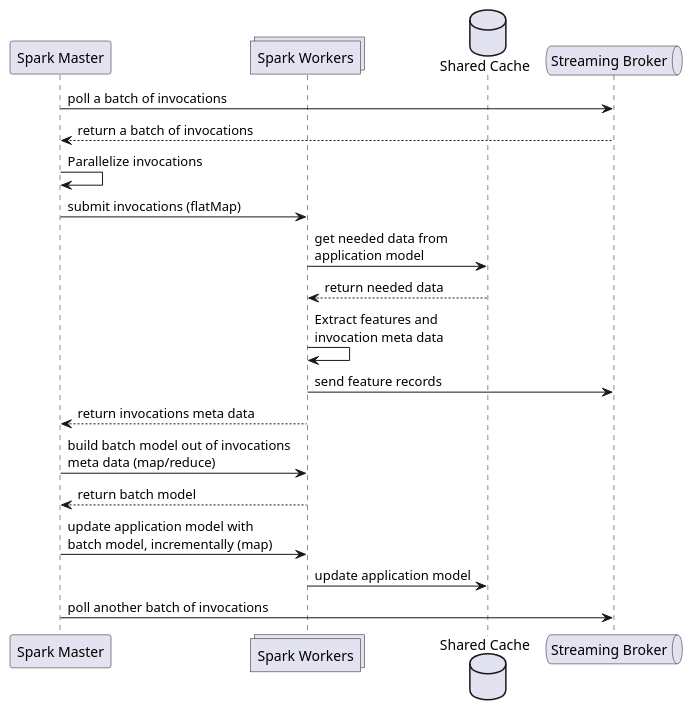
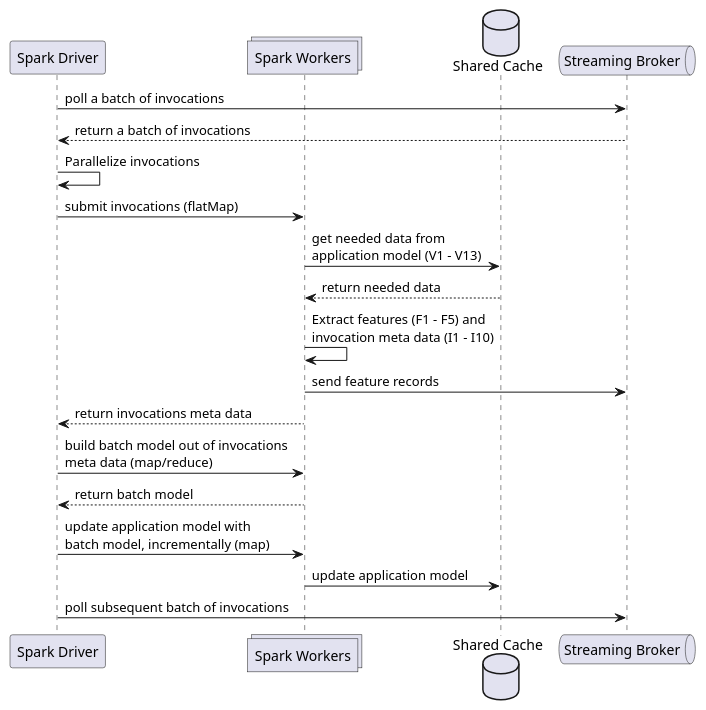
The diagram in framework/src/main/resources/sequence-diagram.wsd (oiraqi/immunizer-acquisition), drawn with PlantUML before and after one commit. The commit also changed 1 other file, not shown here.

```diff
--- a/framework/src/main/resources/sequence-diagram.wsd
+++ b/framework/src/main/resources/sequence-diagram.wsd
@@ -1,20 +1,20 @@
 @startuml SequenceDiagram
-participant "Spark Master" as Master
+participant "Spark Driver" as Master
 collections "Spark Workers" as Workers
 database "Shared Cache" as Cache
 queue "Streaming Broker" as Broker
 Master -> Broker : poll a batch of invocations
 Broker --> Master : return a batch of invocations
 Master -> Master : Parallelize invocations
 Master -> Workers : submit invocations (flatMap)
-Workers -> Cache : get needed data from\napplication model
+Workers -> Cache : get needed data from\napplication model (V1 - V13)
 Cache --> Workers : return needed data
-Workers -> Workers : Extract features and\ninvocation meta data
+Workers -> Workers : Extract features (F1 - F5) and\ninvocation meta data (I1 - I10)
 Workers -> Broker : send feature records
 Workers --> Master : return invocations meta data
 Master -> Workers : build batch model out of invocations\nmeta data (map/reduce)
 Workers --> Master : return batch model
 Master -> Workers : update application model with\nbatch model, incrementally (map)
 Workers -> Cache : update application model
-Master -> Broker : poll another batch of invocations
+Master -> Broker : poll subsequent batch of invocations
 @enduml
```
